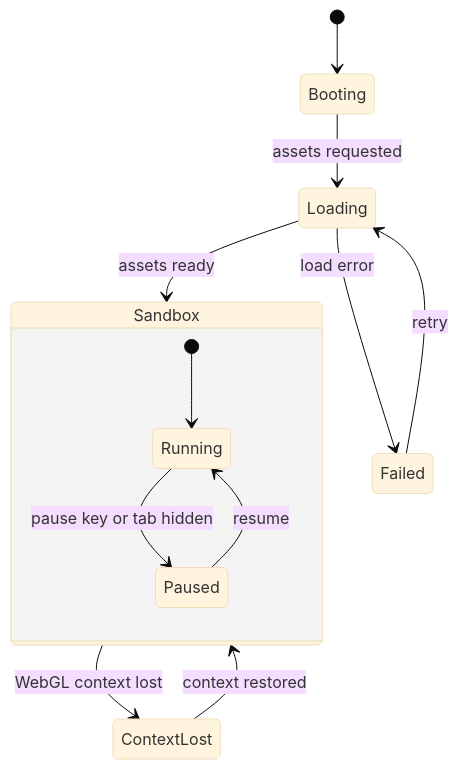
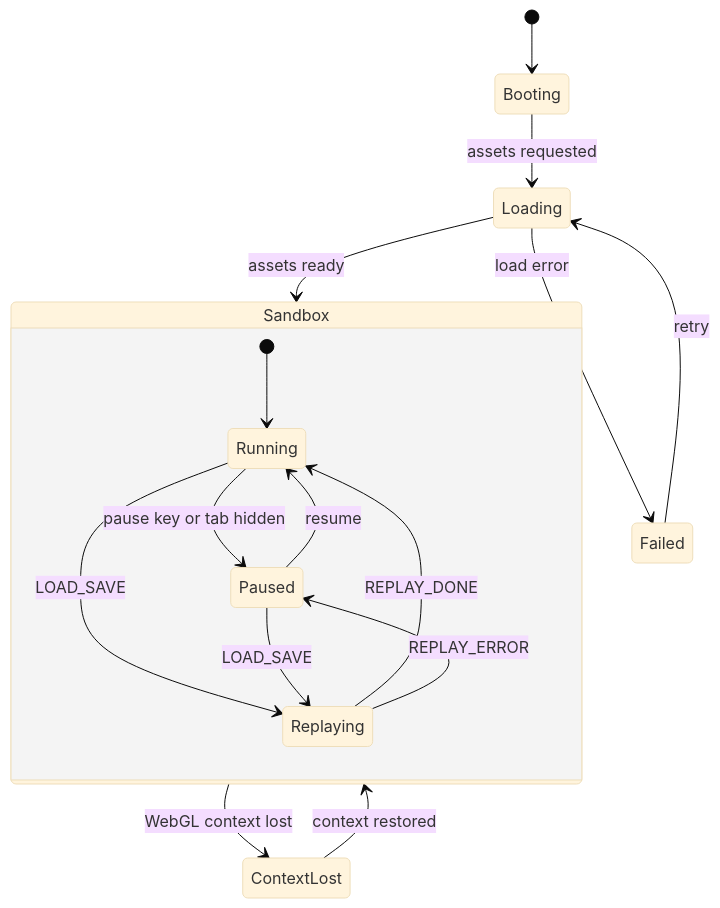
The first of 7 diagrams in docs/design.md (jmporchet/keeper), drawn with Mermaid (base theme) before and after one commit. The commit also changed other lines of this file and 31 other files, not shown here.

Commit message:
Command-log save/replay: branded CommandLog, Save/Load panel

````diff
--- a/docs/design.md
+++ b/docs/design.md
@@ -73,15 +73,19 @@
 ```mermaid
 stateDiagram-v2
     [*] --> Booting
     Booting --> Loading: assets requested
     Loading --> Sandbox: assets ready
     Loading --> Failed: load error
     Failed --> Loading: retry
     state Sandbox {
         [*] --> Running
         Running --> Paused: pause key or tab hidden
         Paused --> Running: resume
+        Running --> Replaying: LOAD_SAVE
+        Paused --> Replaying: LOAD_SAVE
+        Replaying --> Running: REPLAY_DONE
+        Replaying --> Paused: REPLAY_ERROR
     }
     Sandbox --> ContextLost: WebGL context lost
     ContextLost --> Sandbox: context restored
 ```
````
